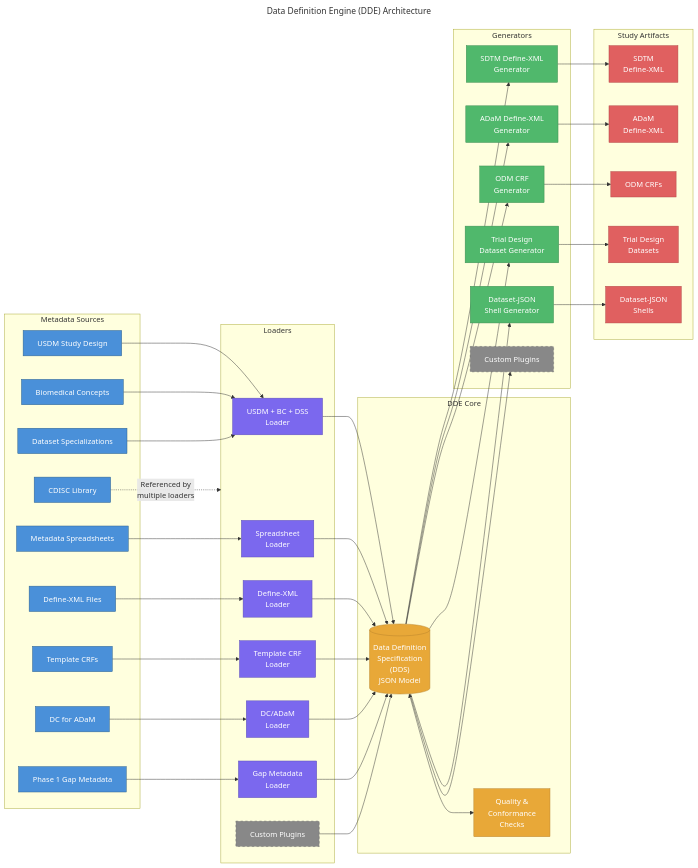
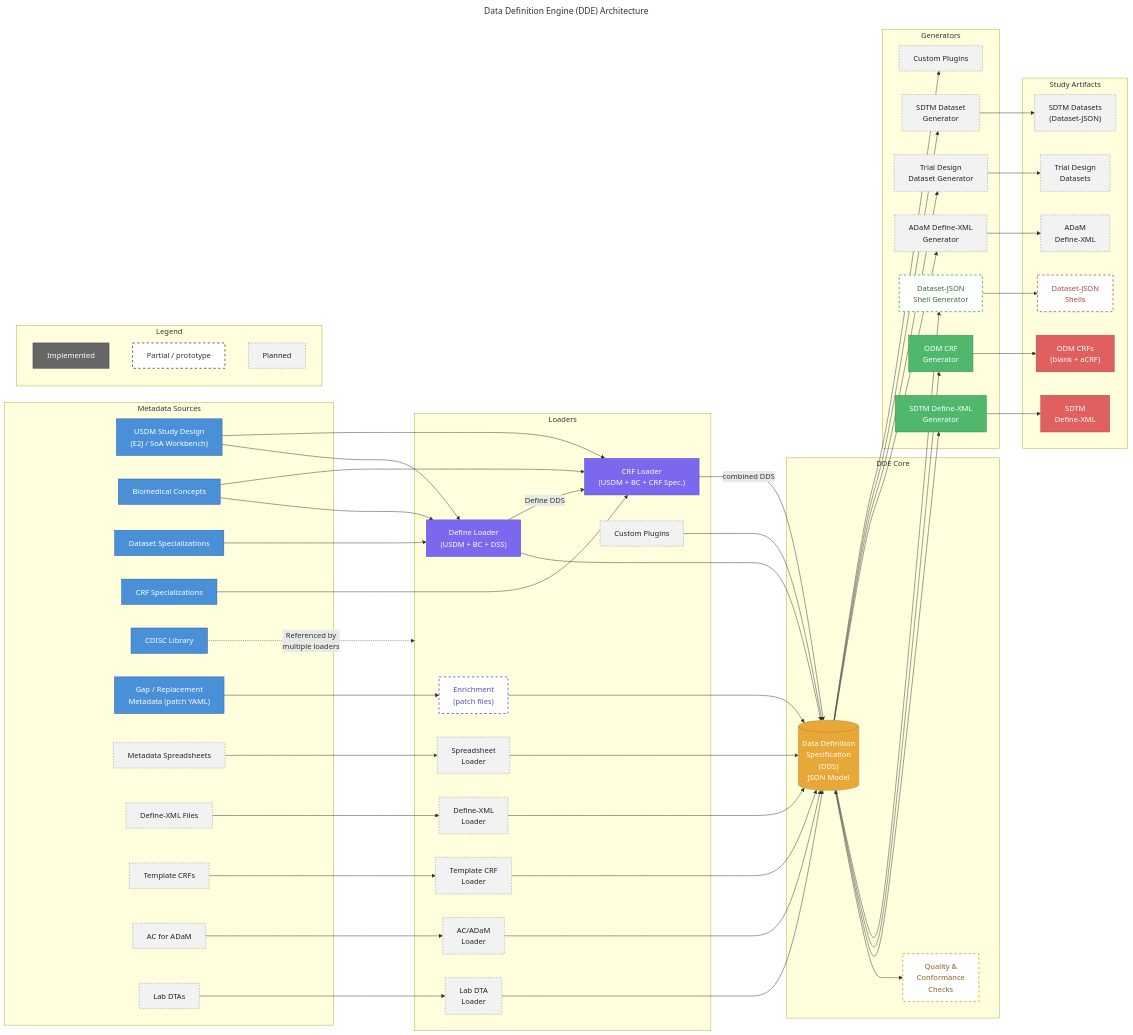
The diagram in documents/Solution_Overview.md (cdisc-org/data-definition-engine), drawn with Mermaid before and after one commit. The commit also changed other lines of this file, not shown here.

````diff
--- a/documents/Solution_Overview.md
+++ b/documents/Solution_Overview.md
@@ -16,67 +21,86 @@
 ---
 graph LR
     subgraph Sources["Metadata Sources"]
-        USDM["USDM Study Design"]
+        USDM["USDM Study Design<br/>(E2J / SoA Workbench)"]
         BC["Biomedical Concepts"]
         DSS["Dataset Specializations"]
+        CRFS["CRF Specializations"]
+        CLIB["CDISC Library"]
+        GAP["Gap / Replacement<br/>Metadata (patch YAML)"]
         XLS["Metadata Spreadsheets"]
         DEF_IN["Define-XML Files"]
         CRF_IN["Template CRFs"]
-        DC["DC for ADaM"]
-        CLIB["CDISC Library"]
-        GAP["Phase 1 Gap Metadata"]
+        AC["AC for ADaM"]
+        DTA["Lab DTAs"]
     end
 
     subgraph Loaders["Loaders"]
-        L1["USDM + BC + DSS\nLoader"]
-        L2["Spreadsheet\nLoader"]
-        L3["Define-XML\nLoader"]
-        L4["Template CRF\nLoader"]
-        L5["DC/ADaM\nLoader"]
-        L6["Gap Metadata\nLoader"]
+        L1["Define Loader<br/>(USDM + BC + DSS)"]
+        L7["CRF Loader<br/>(USDM + BC + CRF Spec.)"]
+        L6["Enrichment<br/>(patch files)"]
+        L2["Spreadsheet<br/>Loader"]
+        L3["Define-XML<br/>Loader"]
+        L4["Template CRF<br/>Loader"]
+        L5["AC/ADaM<br/>Loader"]
+        L8["Lab DTA<br/>Loader"]
         LP["Custom Plugins"]
     end
 
     subgraph Core["DDE Core"]
-        DDS[("Data Definition\nSpecification\n(DDS)\nJSON Model")]
-        QC["Quality &\nConformance\nChecks"]
+        DDS[("Data Definition<br/>Specification<br/>(DDS)<br/>JSON Model")]
+        QC["Quality &<br/>Conformance<br/>Checks"]
     end
 
     subgraph Generators["Generators"]
-        G1["SDTM Define-XML\nGenerator"]
-        G2["ADaM Define-XML\nGenerator"]
-        G3["ODM CRF\nGenerator"]
-        G4["Trial Design\nDataset Generator"]
-        G5["Dataset-JSON\nShell Generator"]
+        G1["SDTM Define-XML<br/>Generator"]
+        G3["ODM CRF<br/>Generator"]
+        G5["Dataset-JSON<br/>Shell Generator"]
+        G2["ADaM Define-XML<br/>Generator"]
+        G4["Trial Design<br/>Dataset Generator"]
+        G6["SDTM Dataset<br/>Generator"]
         GP["Custom Plugins"]
     end
 
     subgraph Artifacts["Study Artifacts"]
-        A1["SDTM\nDefine-XML"]
-        A2["ADaM\nDefine-XML"]
-        A3["ODM CRFs"]
-        A4["Trial Design\nDatasets"]
-        A5["Dataset-JSON\nShells"]
+        A1["SDTM<br/>Define-XML"]
+        A3["ODM CRFs<br/>(blank + aCRF)"]
+        A5["Dataset-JSON<br/>Shells"]
+        A2["ADaM<br/>Define-XML"]
+        A4["Trial Design<br/>Datasets"]
+        A6["SDTM Datasets<br/>(Dataset-JSON)"]
+    end
+
+    subgraph Legend["Legend"]
+        K1["Implemented"]
+        K2["Partial / prototype"]
+        K3["Planned"]
     end
 
     %% Source to Loader connections
     USDM --> L1
     BC --> L1
     DSS --> L1
+    USDM --> L7
+    BC --> L7
+    CRFS --> L7
+    GAP --> L6
     XLS --> L2
     DEF_IN --> L3
     CRF_IN --> L4
-    DC --> L5
-    GAP --> L6
-    CLIB -.->|"Referenced by\nmultiple loaders"| Loaders
+    AC --> L5
+    DTA --> L8
+    CLIB -.->|"Referenced by<br/>multiple loaders"| Loaders
 
-    %% Loaders to DDS
+    %% Loaders to DDS (the CRF loader enriches the Define loader's DDS)
     L1 --> DDS
+    L1 -->|"Define DDS"| L7
+    L7 -->|"combined DDS"| DDS
+    L6 --> DDS
     L2 --> DDS
     L3 --> DDS
     L4 --> DDS
     L5 --> DDS
-    L6 --> DDS
+    L8 --> DDS
     LP --> DDS
 
     %% DDS to QC
@@ -84,31 +108,46 @@
 
     %% DDS to Generators
     DDS --> G1
+    DDS --> G3
+    DDS --> G5
     DDS --> G2
-    DDS --> G3
     DDS --> G4
-    DDS --> G5
+    DDS --> G6
     DDS --> GP
 
     %% Generators to Artifacts
     G1 --> A1
+    G3 --> A3
+    G5 --> A5
     G2 --> A2
-    G3 --> A3
     G4 --> A4
-    G5 --> A5
+    G6 --> A6
 
-    %% Styling
+    %% Styling: implemented components use their category colour; partial and planned are dashed
     classDef source fill:#4a90d9,stroke:#2c5f8a,color:#fff
     classDef loader fill:#7b68ee,stroke:#5a4cb5,color:#fff
     classDef core fill:#e8a838,stroke:#b8832c,color:#fff
     classDef generator fill:#50b86c,stroke:#3a8a50,color:#fff
     classDef artifact fill:#e06060,stroke:#b04545,color:#fff
-    classDef plugin fill:#888,stroke:#666,color:#fff,stroke-dasharray: 5 5
+    classDef loaderPartial fill:#fff,stroke:#7b68ee,color:#5a4cb5,stroke-width:2px,stroke-dasharray: 5 5
+    classDef corePartial fill:#fff,stroke:#e8a838,color:#8a6220,stroke-width:2px,stroke-dasharray: 5 5
+    classDef generatorPartial fill:#fff,stroke:#50b86c,color:#2f6e40,stroke-width:2px,stroke-dasharray: 5 5
+    classDef artifactPartial fill:#fff,stroke:#e06060,color:#b04545,stroke-width:2px,stroke-dasharray: 5 5
+    classDef planned fill:#f2f2f2,stroke:#888,color:#222,stroke-dasharray: 3 3
+    classDef legendDone fill:#666,stroke:#444,color:#fff
+    classDef legendPartial fill:#fff,stroke:#666,color:#333,stroke-width:2px,stroke-dasharray: 5 5
 
-    class USDM,BC,DSS,XLS,DEF_IN,CRF_IN,DC,CLIB,GAP source
-    class L1,L2,L3,L4,L5,L6 loader
-    class DDS,QC core
-    class G1,G2,G3,G4,G5 generator
-    class A1,A2,A3,A4,A5 artifact
-    class LP,GP plugin
+    class USDM,BC,DSS,CRFS,CLIB,GAP source
+    class L1,L7 loader
+    class DDS core
+    class G1,G3 generator
+    class A1,A3 artifact
+    class L6 loaderPartial
+    class QC corePartial
+    class G5 generatorPartial
+    class A5 artifactPartial
+    class XLS,DEF_IN,CRF_IN,AC,DTA,L2,L3,L4,L5,L8,LP,G2,G4,G6,GP,A2,A4,A6 planned
+    class K1 legendDone
+    class K2 legendPartial
+    class K3 planned
 ```
````
